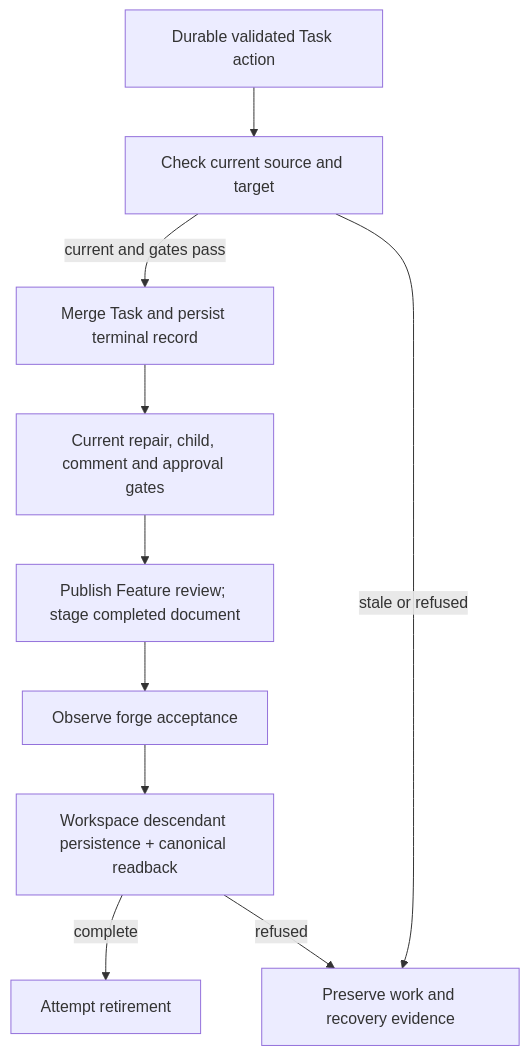
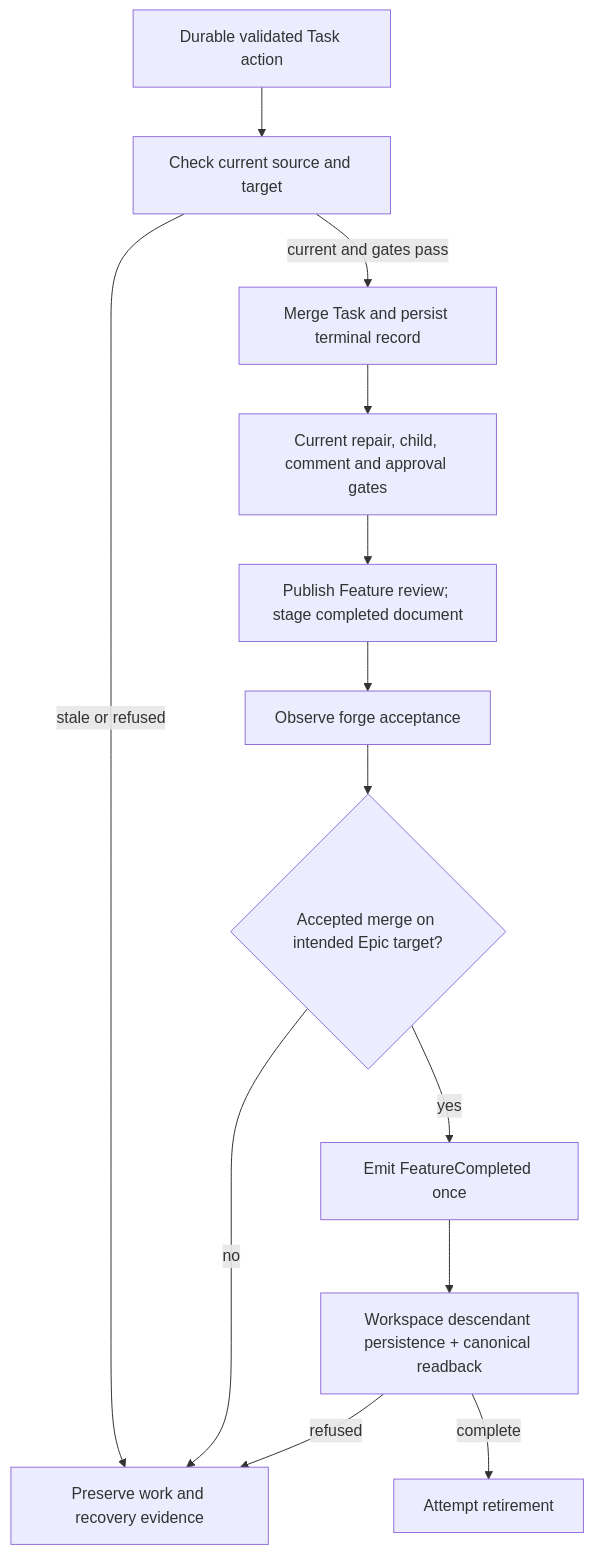
The diagram in cascade/boss/DESIGN.md (vincentc-b/CascadeCode), drawn with Mermaid before and after one commit. The commit also changed other lines of this file and 10 other files, not shown here.

````diff
--- a/cascade/boss/DESIGN.md
+++ b/cascade/boss/DESIGN.md
@@ -56,12 +61,15 @@
 ```mermaid
 flowchart TD
     Queue[Durable validated Task action] --> Pair[Check current source and target]
     Pair -->|current and gates pass| Merge[Merge Task and persist terminal record]
     Pair -->|stale or refused| Preserve[Preserve work and recovery evidence]
     Merge --> Rollup[Current repair, child, comment and approval gates]
     Rollup --> Review[Publish Feature review; stage completed document]
     Review --> Accept[Observe forge acceptance]
-    Accept --> Proof[Workspace descendant persistence + canonical readback]
+    Accept --> Target{Accepted merge on intended Epic target?}
+    Target -->|no| Preserve
+    Target -->|yes| Event[Emit FeatureCompleted once]
+    Event --> Proof[Workspace descendant persistence + canonical readback]
     Proof -->|complete| Close[Attempt retirement]
     Proof -->|refused| Preserve
 ```
````
